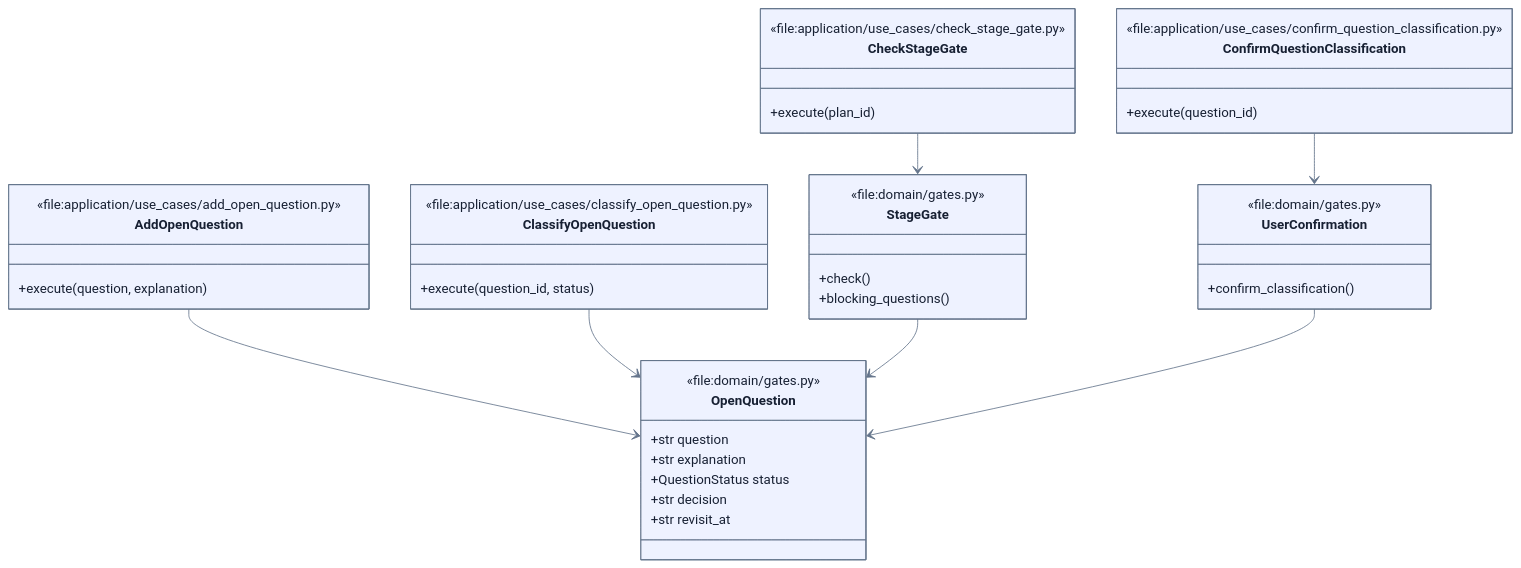
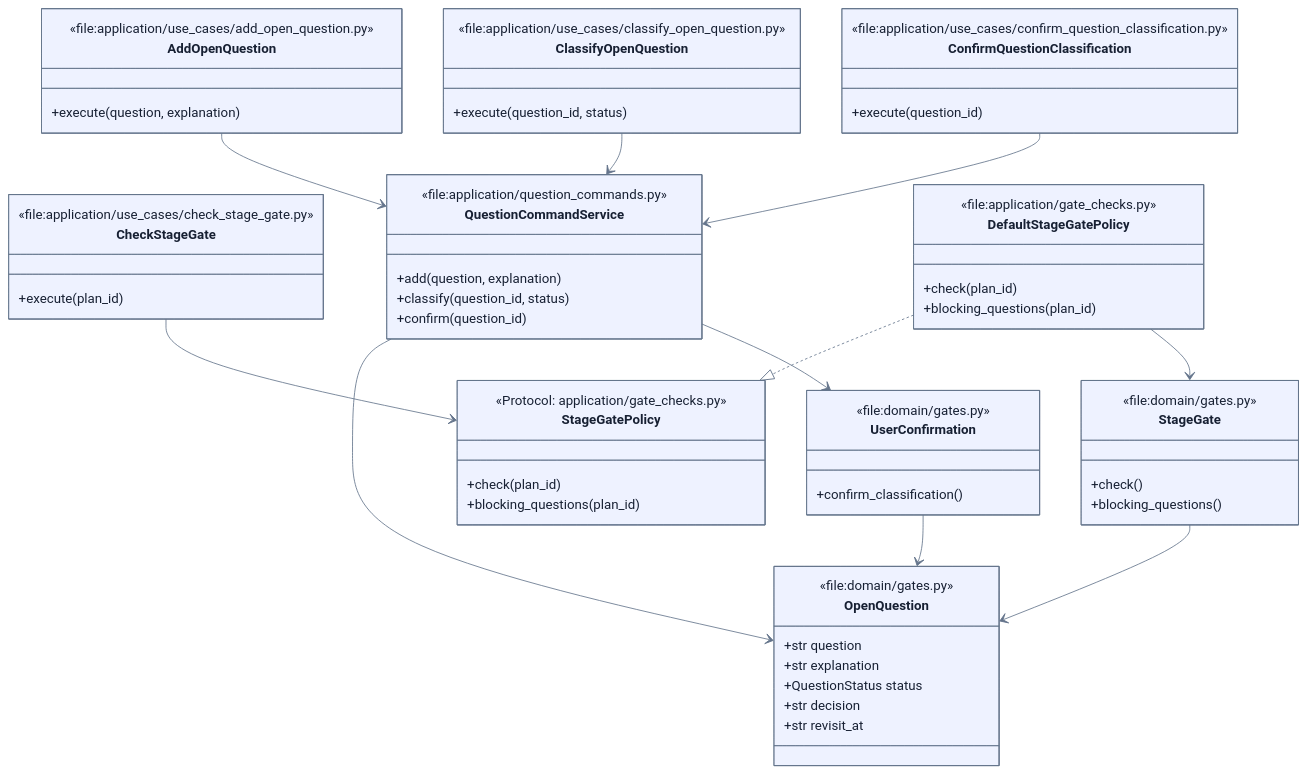
One commit to 9orky/enclosure changed the second of 3 diagrams in .enclosure/plans/planning-workflow/epics/stage-gates-open-questions/SCHEMAS.md. Above: the diagram before and after it, drawn with Mermaid. The commit also changed other lines of this file and 19 other files, not shown here.

````diff
--- a/.enclosure/plans/planning-workflow/epics/stage-gates-open-questions/SCHEMAS.md
+++ b/.enclosure/plans/planning-workflow/epics/stage-gates-open-questions/SCHEMAS.md
@@ -59,51 +73,74 @@
 ```mermaid
 %% contract: symbols
 %%{init: {"theme": "base", "themeVariables": {"primaryColor": "#eef2ff", "primaryTextColor": "#172033", "primaryBorderColor": "#64748b", "lineColor": "#64748b"}}}%%
 classDiagram
     class AddOpenQuestion {
       <<file:application/use_cases/add_open_question.py>>
       +execute(question, explanation)
     }
 
     class ClassifyOpenQuestion {
       <<file:application/use_cases/classify_open_question.py>>
       +execute(question_id, status)
     }
 
     class ConfirmQuestionClassification {
       <<file:application/use_cases/confirm_question_classification.py>>
       +execute(question_id)
     }
 
     class CheckStageGate {
       <<file:application/use_cases/check_stage_gate.py>>
       +execute(plan_id)
     }
 
     class OpenQuestion {
       <<file:domain/gates.py>>
       +str question
       +str explanation
       +QuestionStatus status
       +str decision
       +str revisit_at
     }
 
     class StageGate {
       <<file:domain/gates.py>>
       +check()
       +blocking_questions()
     }
 
     class UserConfirmation {
       <<file:domain/gates.py>>
       +confirm_classification()
     }
 
-    AddOpenQuestion --> OpenQuestion
-    ClassifyOpenQuestion --> OpenQuestion
-    ConfirmQuestionClassification --> UserConfirmation
-    CheckStageGate --> StageGate
+    class QuestionCommandService {
+      <<file:application/question_commands.py>>
+      +add(question, explanation)
+      +classify(question_id, status)
+      +confirm(question_id)
+    }
+
+    class StageGatePolicy {
+      <<Protocol: application/gate_checks.py>>
+      +check(plan_id)
+      +blocking_questions(plan_id)
+    }
+
+    class DefaultStageGatePolicy {
+      <<file:application/gate_checks.py>>
+      +check(plan_id)
+      +blocking_questions(plan_id)
+    }
+
+    AddOpenQuestion --> QuestionCommandService
+    ClassifyOpenQuestion --> QuestionCommandService
+    ConfirmQuestionClassification --> QuestionCommandService
+    CheckStageGate --> StageGatePolicy
+    QuestionCommandService --> OpenQuestion
+    QuestionCommandService --> UserConfirmation
+    DefaultStageGatePolicy ..|> StageGatePolicy
+    DefaultStageGatePolicy --> StageGate
     StageGate --> OpenQuestion
     UserConfirmation --> OpenQuestion
 ```
````
